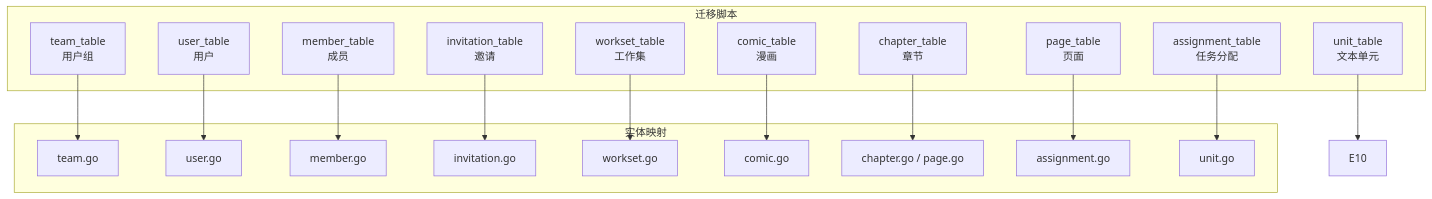
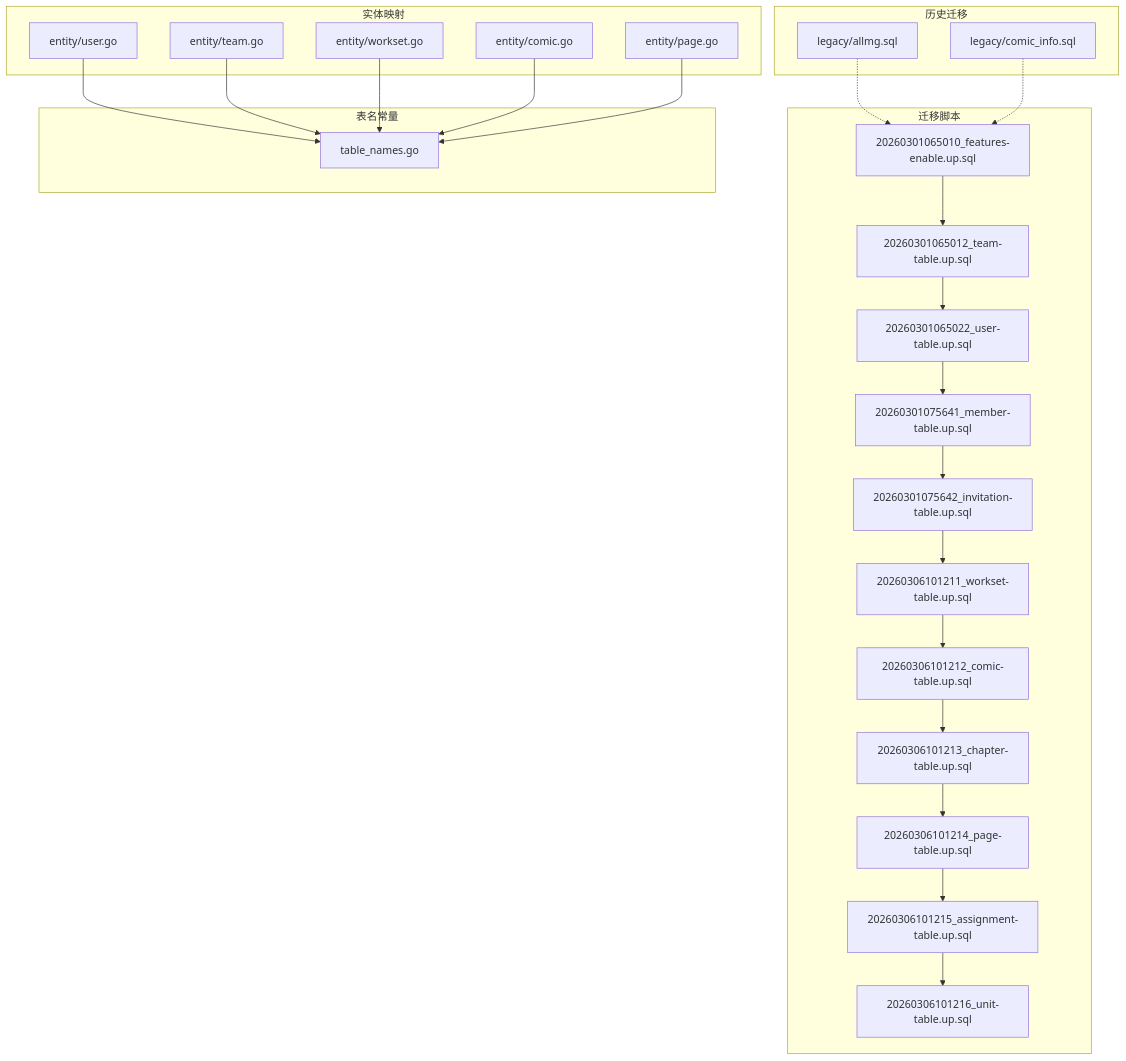
The first of 6 diagrams in .qoder/repowiki/zh/content/数据库设计/数据库设计.md (ATOMLubover/poprako), drawn with Mermaid before and after one commit. The commit also changed other lines of this file and 132 other files, not shown here.

````diff
--- a/.qoder/repowiki/zh/content/数据库设计/数据库设计.md
+++ b/.qoder/repowiki/zh/content/数据库设计/数据库设计.md
@@ -45,36 +48,38 @@
 ```mermaid
 graph TB
 subgraph "迁移脚本"
-M1["team_table<br/>用户组"]
-M2["user_table<br/>用户"]
-M3["member_table<br/>成员"]
-M4["invitation_table<br/>邀请"]
-M5["workset_table<br/>工作集"]
-M6["comic_table<br/>漫画"]
-M7["chapter_table<br/>章节"]
-M8["page_table<br/>页面"]
-M9["assignment_table<br/>任务分配"]
-M10["unit_table<br/>文本单元"]
+M1["20260301065010_features-enable.up.sql"]
+M2["20260301065012_team-table.up.sql"]
+M3["20260301065022_user-table.up.sql"]
+M4["20260301075641_member-table.up.sql"]
+M5["20260301075642_invitation-table.up.sql"]
+M6["20260306101211_workset-table.up.sql"]
+M7["20260306101212_comic-table.up.sql"]
+M8["20260306101213_chapter-table.up.sql"]
+M9["20260306101214_page-table.up.sql"]
+M10["20260306101215_assignment-table.up.sql"]
+M11["20260306101216_unit-table.up.sql"]
 end
 subgraph "实体映射"
-E1["team.go"]
-E2["user.go"]
-E3["member.go"]
-E4["invitation.go"]
-E5["workset.go"]
-E6["comic.go"]
-E7["chapter.go / page.go"]
-E8["assignment.go"]
-E9["unit.go"]
+E1["entity/user.go"]
+E2["entity/team.go"]
+E3["entity/workset.go"]
+E4["entity/comic.go"]
+E5["entity/page.go"]
 end
-M1 --> E1
-M2 --> E2
-M3 --> E3
-M4 --> E4
-M5 --> E5
-M6 --> E6
-M7 --> E7
-M8 --> E8
-M9 --> E9
-M10 --> E10
+subgraph "表名常量"
+T["table_names.go"]
+end
+subgraph "历史迁移"
+L1["legacy/allmg.sql"]
+L2["legacy/comic_info.sql"]
+end
+M1 --> M2 --> M3 --> M4 --> M5 --> M6 --> M7 --> M8 --> M9 --> M10 --> M11
+E1 --> T
+E2 --> T
+E3 --> T
+E4 --> T
+E5 --> T
+L1 -.-> M1
+L2 -.-> M1
 ```
````
